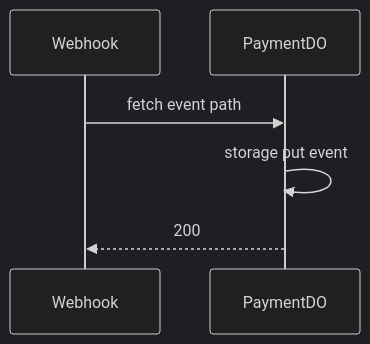
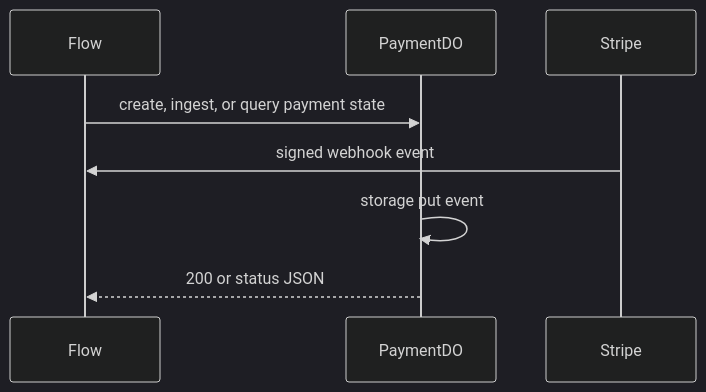
The diagram in infra/cloudflare/docs/durable-objects/PaymentDO.md (ocentra/ocentra-games), drawn with Mermaid (dark theme) before and after one commit. The commit also changed other lines of this file and 35 other files, not shown here.

````diff
--- a/infra/cloudflare/docs/durable-objects/PaymentDO.md
+++ b/infra/cloudflare/docs/durable-objects/PaymentDO.md
@@ -17,8 +17,10 @@
 ```mermaid
 sequenceDiagram
-  participant Webhook
+  participant Flow
   participant PaymentDO
-  Webhook->>PaymentDO: fetch event path
+  participant Stripe
+  Flow->>PaymentDO: create, ingest, or query payment state
+  Stripe->>Flow: signed webhook event
   PaymentDO->>PaymentDO: storage put event
-  PaymentDO-->>Webhook: 200
+  PaymentDO-->>Flow: 200 or status JSON
 ```
````
